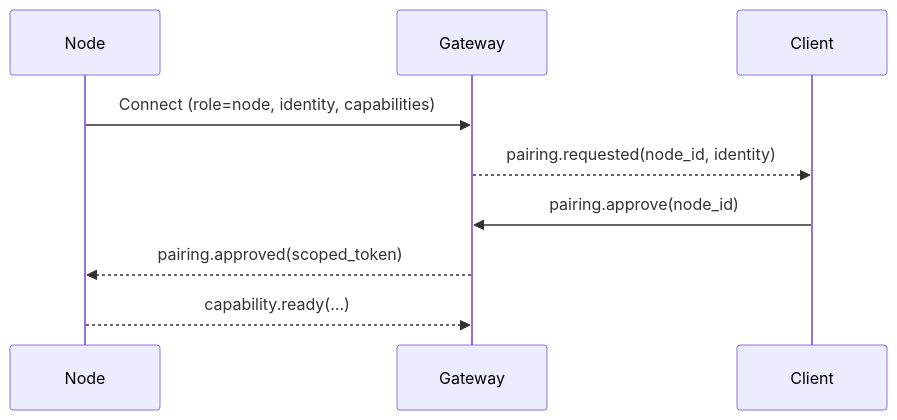
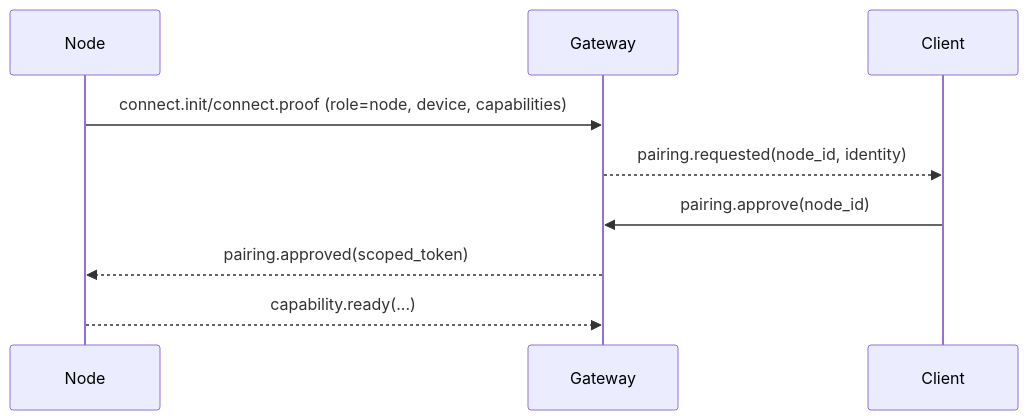
Before and after one commit to tyrumai/tyrum: the diagram in docs/architecture/node.md, drawn with Mermaid. The commit also changed other lines of this file and 49 other files, not shown here.

Commit message:
docs(architecture): consolidate spec; remove ADRs

````diff
--- a/docs/architecture/node.md
+++ b/docs/architecture/node.md
@@ -26,12 +25,12 @@
 ```mermaid
 sequenceDiagram
   participant Node
   participant Gateway
   participant Client
 
-  Node->>Gateway: Connect (role=node, identity, capabilities)
+  Node->>Gateway: connect.init/connect.proof (role=node, device, capabilities)
   Gateway-->>Client: pairing.requested(node_id, identity)
   Client->>Gateway: pairing.approve(node_id)
   Gateway-->>Node: pairing.approved(scoped_token)
   Node-->>Gateway: capability.ready(...)
 ```
````
